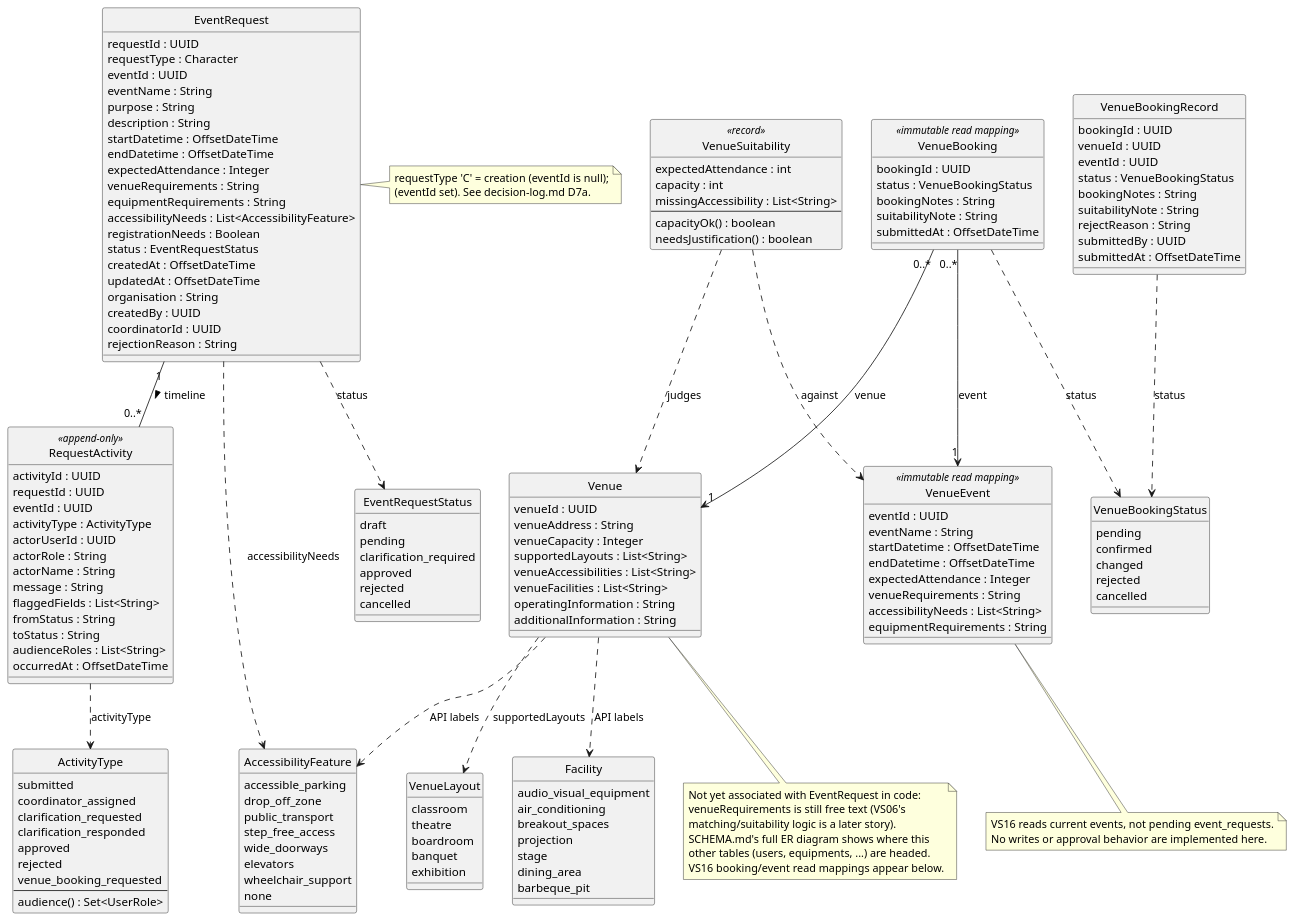
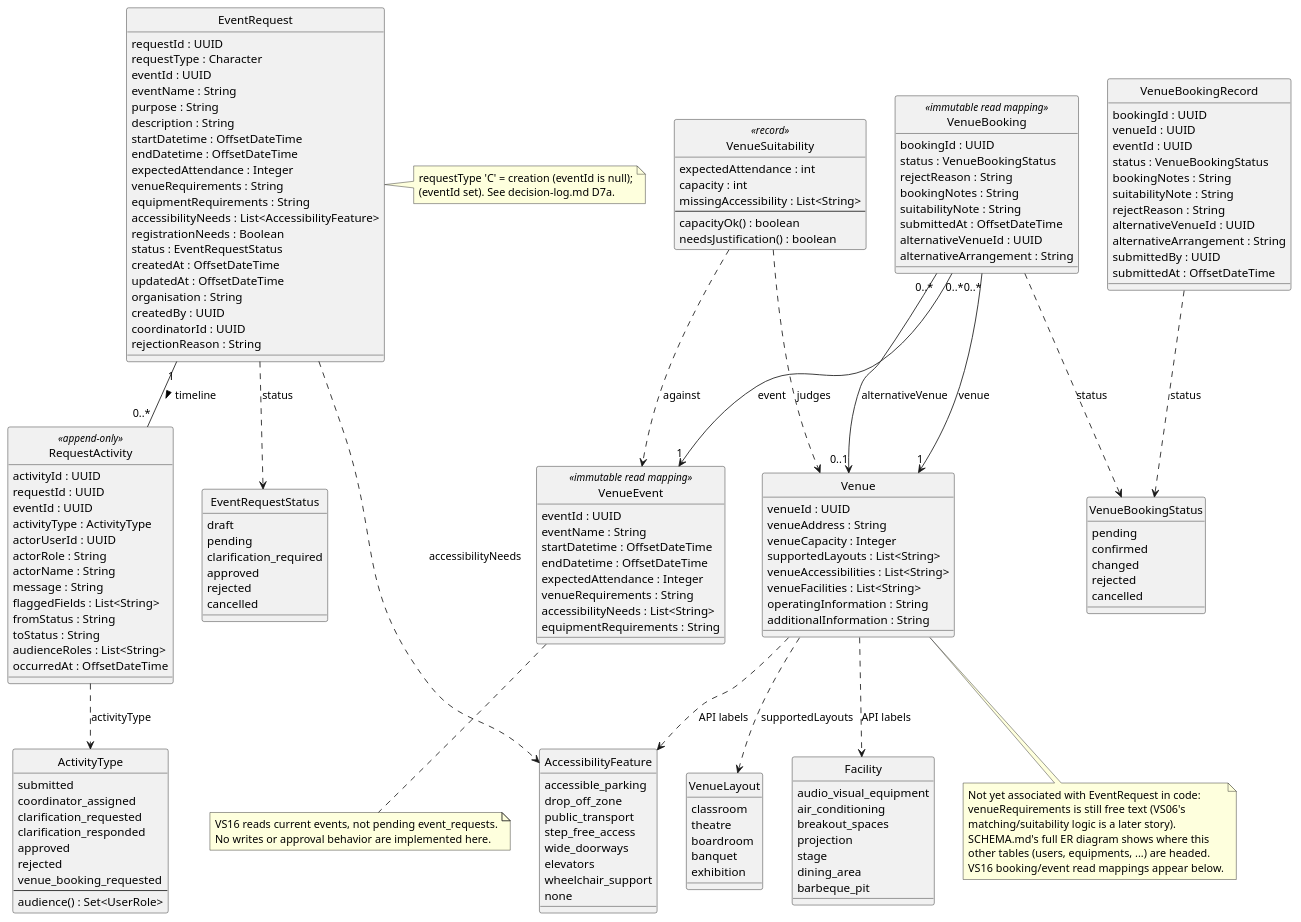
One commit to spikeypear-bot/cSphere changed the diagram in docs/class-diagram.puml. Above: the diagram before and after it, drawn with PlantUML. The commit also changed 24 other files, not shown here.

```diff
--- a/docs/class-diagram.puml
+++ b/docs/class-diagram.puml
@@ -132,9 +132,12 @@
 class VenueBooking <<immutable read mapping>> {
   bookingId : UUID
   status : VenueBookingStatus
+  rejectReason : String
   bookingNotes : String
   suitabilityNote : String
   submittedAt : OffsetDateTime
+  alternativeVenueId : UUID
+  alternativeArrangement : String
 }
 
 enum VenueBookingStatus {
@@ -191,6 +194,8 @@
   bookingNotes : String
   suitabilityNote : String
   rejectReason : String
+  alternativeVenueId : UUID
+  alternativeArrangement : String
   submittedBy : UUID
   submittedAt : OffsetDateTime
 }
@@ -210,6 +215,7 @@
 VenueSuitability ..> VenueEvent : against
 
 VenueBooking "0..*" --> "1" Venue : venue
+VenueBooking "0..*" --> "0..1" Venue : alternativeVenue
 VenueBooking "0..*" --> "1" VenueEvent : event
 VenueBooking ..> VenueBookingStatus : status
 note bottom of VenueEvent
```
